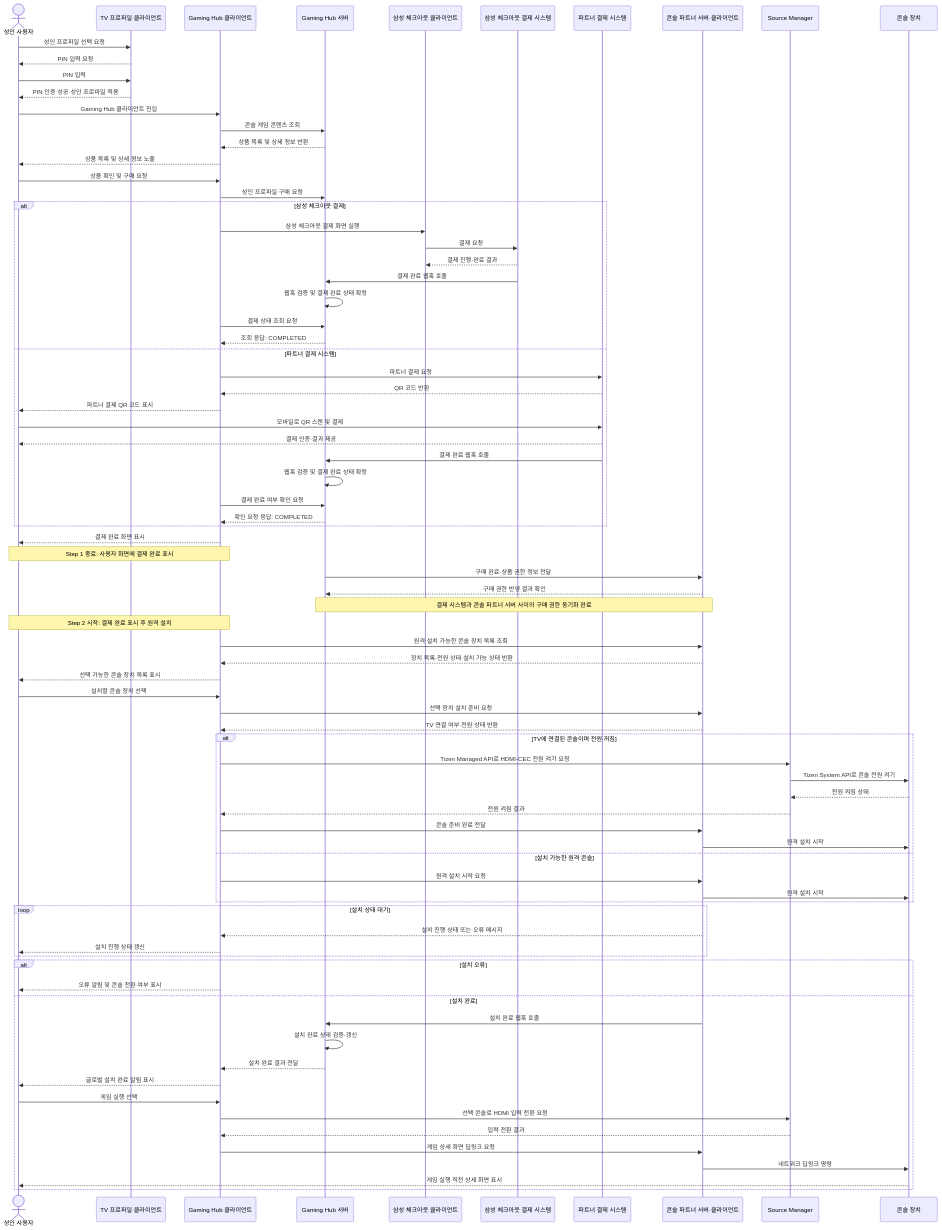
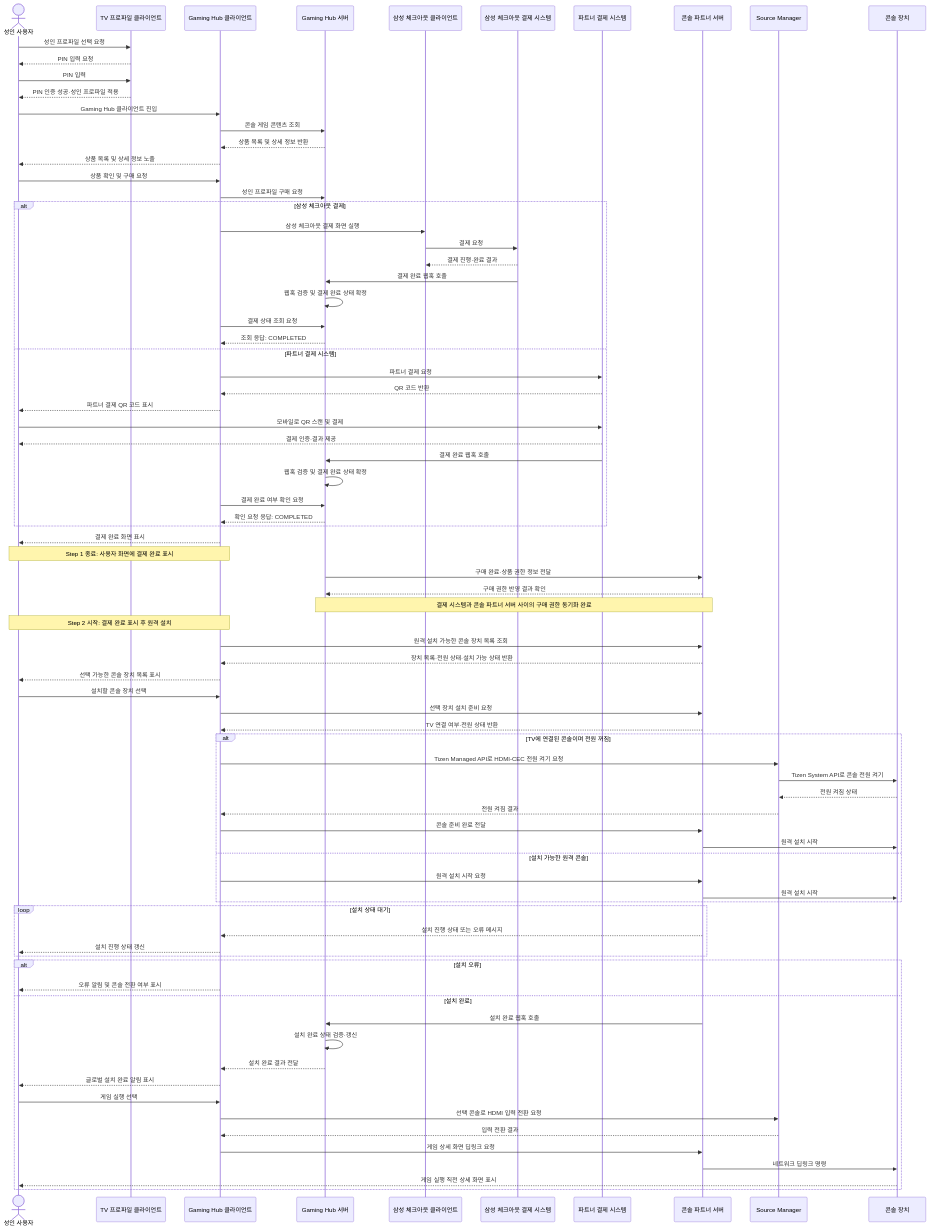
Before and after one commit to seock04/gaming-hub-console-content: the second of 5 diagrams in docs/decision-point-2-architecture.md, drawn with Mermaid.

Commit message:
Clarify console partner server participant

```diff
--- a/docs/decision-point-2-architecture.md
+++ b/docs/decision-point-2-architecture.md
@@ -113,7 +113,7 @@
     participant CheckoutClient as 삼성 체크아웃 클라이언트
     participant CheckoutServer as 삼성 체크아웃 결제 시스템
     participant PartnerPay as 파트너 결제 시스템
-    participant Partner as 콘솔 파트너 서버·클라이언트
+    participant Partner as 콘솔 파트너 서버
     participant SourceManager as Source Manager
     participant Console as 콘솔 장치
 
```
